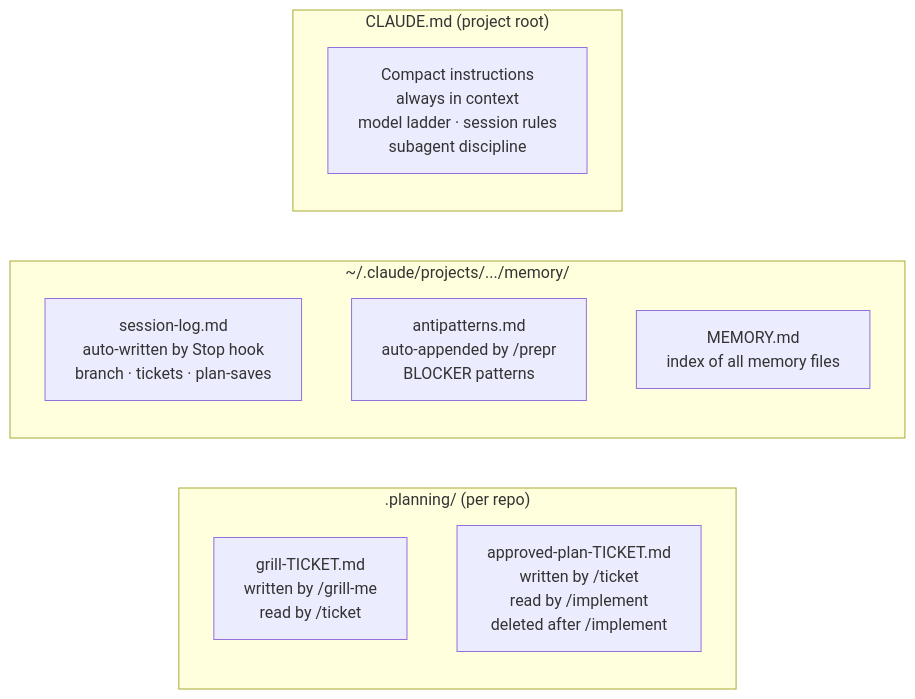
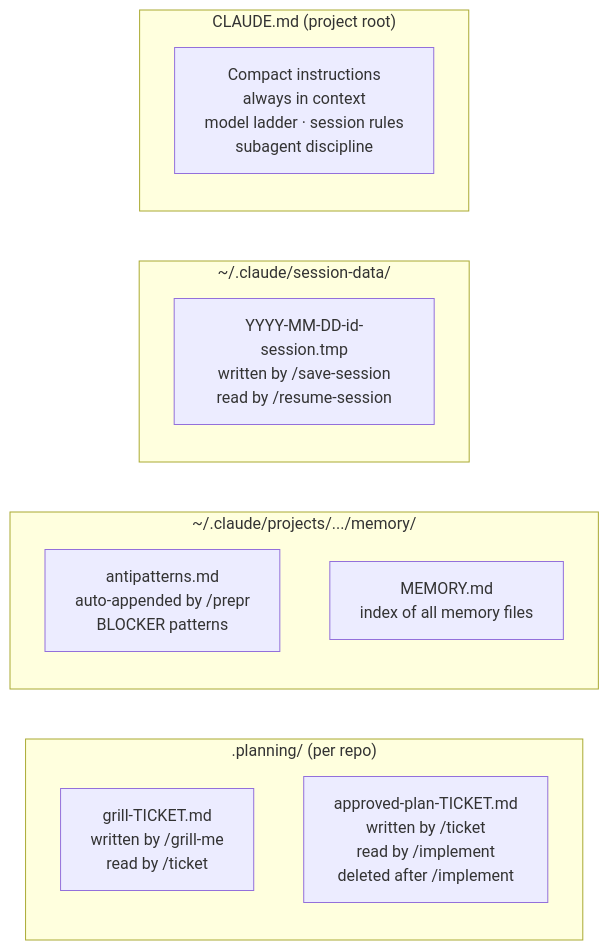
The ninth of 9 diagrams in WORKFLOW.md (ahsan0444/jintech-omg-dev), drawn with Mermaid before and after one commit. The commit also changed 38 other files, not shown here.

````diff
--- a/WORKFLOW.md
+++ b/WORKFLOW.md
@@ -251,17 +251,20 @@
 ```mermaid
 flowchart LR
     subgraph Files[".planning/ (per repo)"]
         GF["grill-TICKET.md\nwritten by /grill-me\nread by /ticket"]
         AP["approved-plan-TICKET.md\nwritten by /ticket\nread by /implement\ndeleted after /implement"]
     end
 
     subgraph Memory["~/.claude/projects/.../memory/"]
-        SL["session-log.md\nauto-written by Stop hook\nbranch · tickets · plan-saves"]
         AM["antipatterns.md\nauto-appended by /prepr\nBLOCKER patterns"]
         RM["MEMORY.md\nindex of all memory files"]
+    end
+
+    subgraph Sessions["~/.claude/session-data/"]
+        SS["YYYY-MM-DD-id-session.tmp\nwritten by /save-session\nread by /resume-session"]
     end
 
     subgraph Context["CLAUDE.md (project root)"]
         CD["Compact instructions\nalways in context\nmodel ladder · session rules\nsubagent discipline"]
     end
 ```
````
